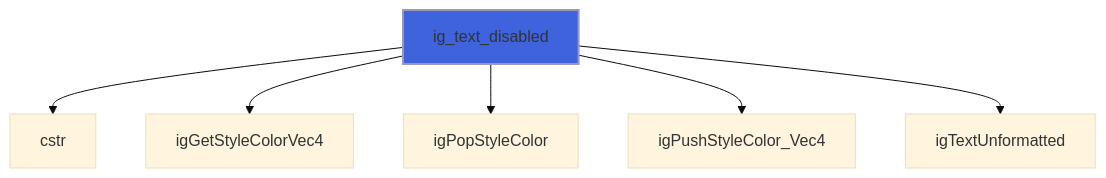
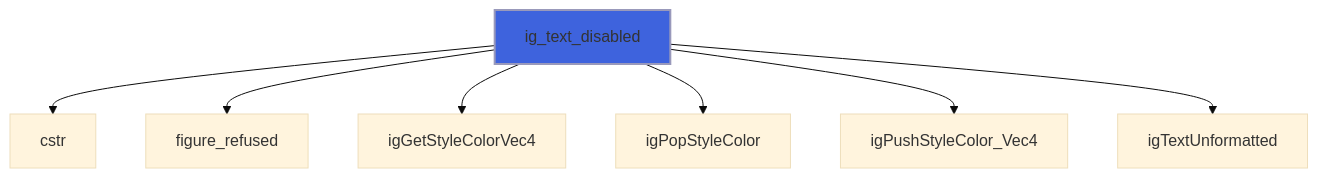
Before and after one commit to szaghi/figure: diagram 13 of 39 in docs/api/src/lib/figure_imgui.md, drawn with Mermaid (base theme). The commit also changed other lines of this file and 10 other files, not shown here.

````diff
--- a/docs/api/src/lib/figure_imgui.md
+++ b/docs/api/src/lib/figure_imgui.md
@@ -394,9 +419,10 @@
 ```mermaid
 flowchart TD
   ig_text_disabled["ig_text_disabled"] --> cstr["cstr"]
+  ig_text_disabled["ig_text_disabled"] --> figure_refused["figure_refused"]
   ig_text_disabled["ig_text_disabled"] --> igGetStyleColorVec4["igGetStyleColorVec4"]
   ig_text_disabled["ig_text_disabled"] --> igPopStyleColor["igPopStyleColor"]
   ig_text_disabled["ig_text_disabled"] --> igPushStyleColor_Vec4["igPushStyleColor_Vec4"]
   ig_text_disabled["ig_text_disabled"] --> igTextUnformatted["igTextUnformatted"]
   style ig_text_disabled fill:#3e63dd,stroke:#99b,stroke-width:2px
 ```
````
